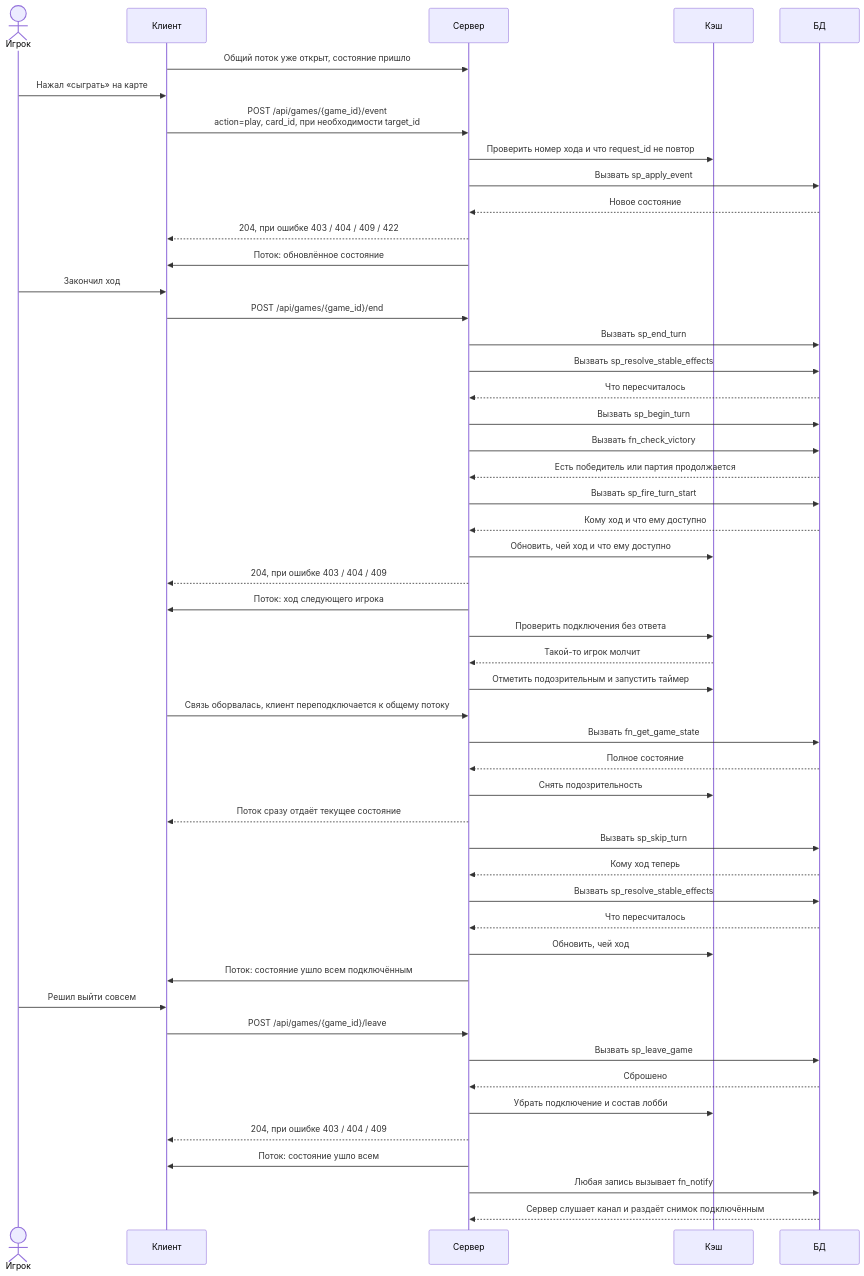
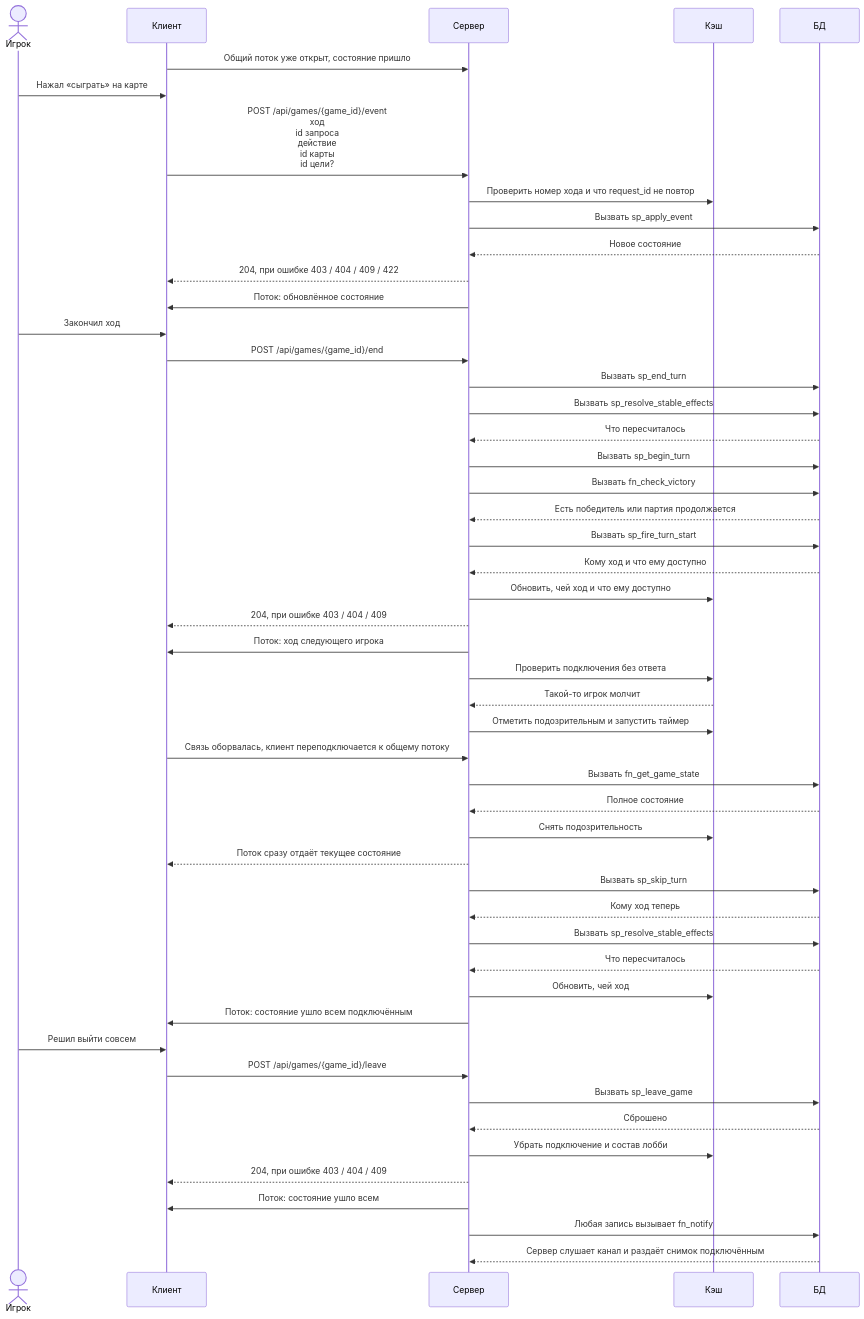
Before and after one commit to docup1/edin-game: the diagram in diagrams/game.mmd, drawn with Mermaid. The commit also changed 3 other files, not shown here.

```diff
--- a/diagrams/game.mmd
+++ b/diagrams/game.mmd
@@ -1,107 +1,107 @@
 %% Всё, что происходит во время партии: ход, обрыв связи, пропуск, выход.
 %% Три эндпоинта: сыграть карту, закончить ход, выйти.
 %% Клиент оперирует картами и выбирает цель. Названия механик, назначение,
 %% количество и позиции определяет сервер - клиент их не знает и не видит.
 %% Связь и признак «кто на связи» - в кэше, все факты - в базе.
 %% Ошибки: 403 не его ход, 404 нет партии, 409 номер хода не совпал или
 %% повтор request_id, 422 карта не в available или цель не из присланного списка.
 sequenceDiagram
     actor U as Игрок
     participant C as Клиент
     participant S as Сервер
     participant K as Кэш
     participant D as БД
 
     C->>S: Общий поток уже открыт, состояние пришло
 
     U->>C: Нажал «сыграть» на карте
-    C->>S: POST /api/games/{game_id}/event<br/>action=play, card_id, при необходимости target_id
+    C->>S: POST /api/games/{game_id}/event<br/>ход<br/>id запроса<br/>действие<br/>id карты<br/>id цели?
     S->>K: Проверить номер хода и что request_id не повтор
     S->>D: Вызвать sp_apply_event
     D-->>S: Новое состояние
     S-->>C: 204, при ошибке 403 / 404 / 409 / 422
     S->>C: Поток: обновлённое состояние
 
     U->>C: Закончил ход
     C->>S: POST /api/games/{game_id}/end
     S->>D: Вызвать sp_end_turn
     S->>D: Вызвать sp_resolve_stable_effects
     D-->>S: Что пересчиталось
     S->>D: Вызвать sp_begin_turn
     S->>D: Вызвать fn_check_victory
     D-->>S: Есть победитель или партия продолжается
     S->>D: Вызвать sp_fire_turn_start
     D-->>S: Кому ход и что ему доступно
     S->>K: Обновить, чей ход и что ему доступно
     S-->>C: 204, при ошибке 403 / 404 / 409
     S->>C: Поток: ход следующего игрока
 
     S->>K: Проверить подключения без ответа
     K-->>S: Такой-то игрок молчит
     S->>K: Отметить подозрительным и запустить таймер
     C->>S: Связь оборвалась, клиент переподключается к общему потоку
     S->>D: Вызвать fn_get_game_state
     D-->>S: Полное состояние
     S->>K: Снять подозрительность
     S-->>C: Поток сразу отдаёт текущее состояние
 
     S->>D: Вызвать sp_skip_turn
     D-->>S: Кому ход теперь
     S->>D: Вызвать sp_resolve_stable_effects
     D-->>S: Что пересчиталось
     S->>K: Обновить, чей ход
     S->>C: Поток: состояние ушло всем подключённым
 
     U->>C: Решил выйти совсем
     C->>S: POST /api/games/{game_id}/leave
     S->>D: Вызвать sp_leave_game
     D-->>S: Сброшено
     S->>K: Убрать подключение и состав лобби
     S-->>C: 204, при ошибке 403 / 404 / 409
     S->>C: Поток: состояние ушло всем
 
     S->>D: Любая запись вызывает fn_notify
     D-->>S: Сервер слушает канал и раздаёт снимок подключённым
 
     %% available - просто список карт, которые можно сыграть. Названий механик
     %% клиент не знает. Если карте нужна цель, сервер пишет это прямо в
     %% карточке и присылает список целей, из которых игрок выбирает.
     %% Тело запроса event: { turn, request_id, action, card_id, target_id? }.
     %% По карте сервер сам находит её механики и решает, куда её класть, сколько
     %% карт связано и на какую позицию. Разовые механики карты отрабатывают все
     %% разом, выбрать одну из нескольких нельзя. То, что осталось в стойке,
     %% живёт дальше по своим правилам.
     %% Одна операция - одна транзакция. Проверяется против состояния, а не против
     %% того, что прислал клиент. Не прошла - откат целиком и 422.
     %% Ответ пустой не потому, что серверу нечего сказать: состояние приходит
     %% в поток, а дублировать его значило бы отправить его дважды.
     %% Event можно слать несколько подряд: каждый применяется сразу, поэтому
     %% следующий видит уже изменённое состояние, и порядок важен.
     %% Ограничения клиент не проверяет - сервер пересчитывает available.
     %% end сбрасывает лишние карты и закрывает ход, дальше открывает следующий
     %% сам, без запроса клиента.
     %% sp_resolve_stable_effects пересчитывает у всех PROTECT_STABLE,
     %% RESTRICT_CARD_PLAY и COUNT_AS_UNICORN. Счётчики длительности уменьшаются
     %% только за действительно сыгранные ходы, не за пропущенные - иначе чужой
     %% обрыв связи тратил бы всем защиту. Механика упала - пропускаем её, пишем
     %% в лог и идём дальше: одна сломанная карта не должна останавливать игру.
     %% sp_begin_turn выбирает следующего игрока и проверяет его ход на пропуск.
     %% Пропуск - не сыгранный ход: метка снимается, триггеры начала хода не
     %% запускаются. Пропуски подряд считаются, чтобы не зациклиться.
     %% sp_fire_turn_start срабатывает у стойл того, чей ход действительно
     %% открывается.
     %% Разорванную связь не считаем выходом сразу: ждём короткое время, вдруг
     %% это плохая связь. Догонять историю не нужно, снимок и так полный - клиент
     %% перерисовывает всё заново. Номера событий не храним и Last-Event-ID не
     %% шлём.
     %% Клиент не вернулся до конца таймера - ход переходит дальше по правилам,
     %% счётчик ходов увеличивается, чтобы игрок не накапливал ходы за время
     %% отсутствия. Пересчёт защит и запретов идёт как обычно, он не зависит от
     %% того, чей ход.
     %% sp_leave_game отправляет карты игрока в сброс, но сам игрок остаётся в
     %% партии с пустой рукой: выбывшим он не считается, место за ним сохраняется,
     %% поэтому join пускает его обратно даже после старта. Ход ему не вернётся,
     %% но состояние он увидит полностью. Ничего не теряется, потому что всё
     %% важное лежит в базе, а в кэше только подключения.
     %% Уведомления идут через базу, поэтому все экземпляры сервера видят одно и
     %% то же состояние.
```
